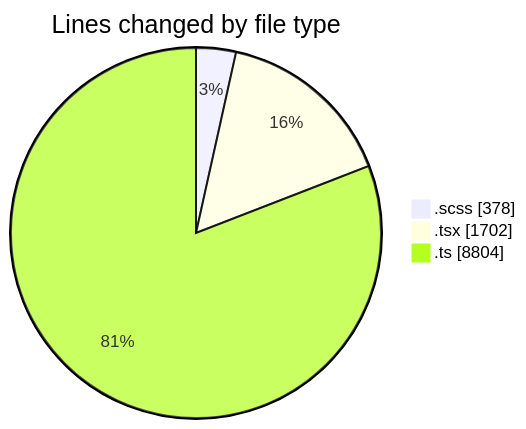
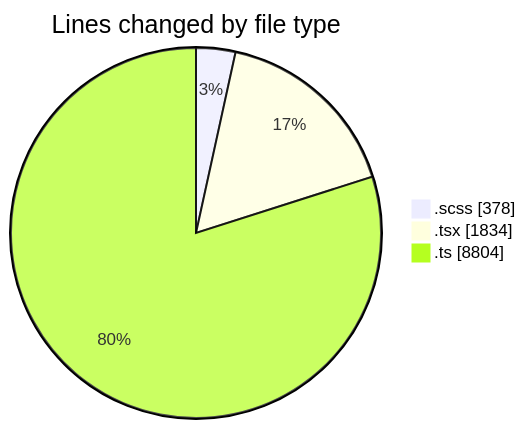
One commit to momahboobian/code-tracking changed the first of 2 diagrams in 2025-03-04/cda/README.md. Above: the diagram before and after it, drawn with Mermaid. The commit also changed other lines of this file and 1 other file, not shown here.

````diff
--- a/2025-03-04/cda/README.md
+++ b/2025-03-04/cda/README.md
@@ -38,7 +38,7 @@
 ```mermaid
 pie showData
 title Lines changed by file type
 ".scss" : 378
-".tsx" : 1702
+".tsx" : 1834
 ".ts" : 8804
 ```
````
